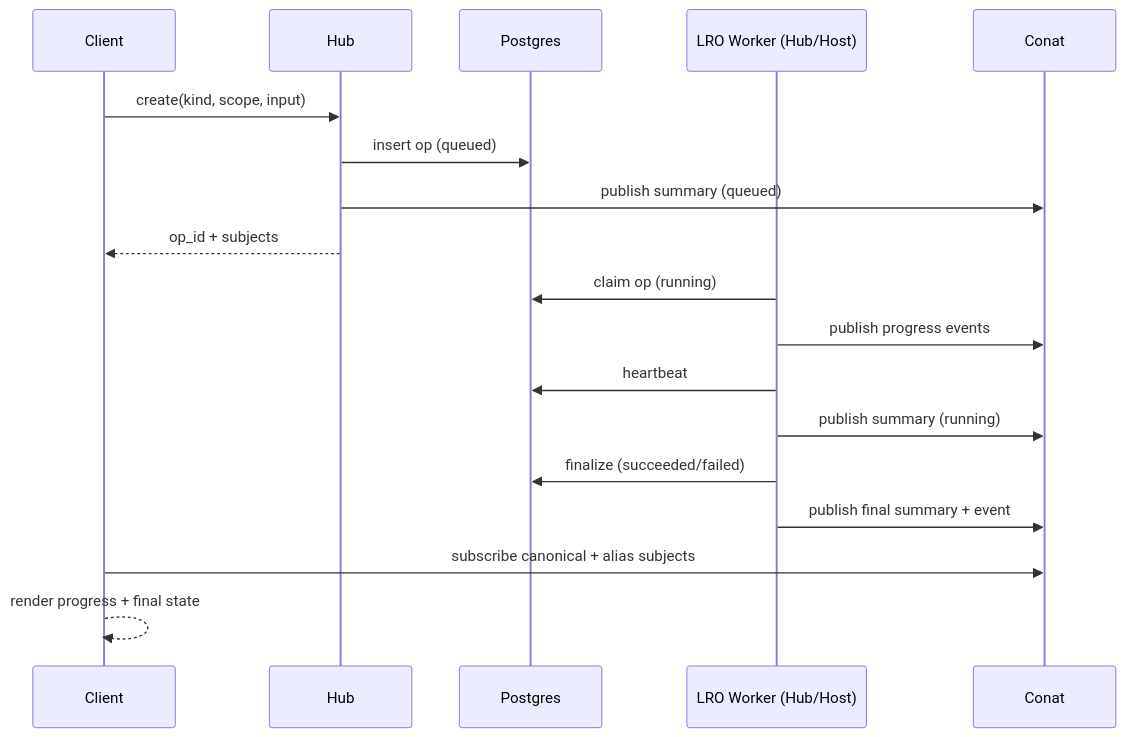
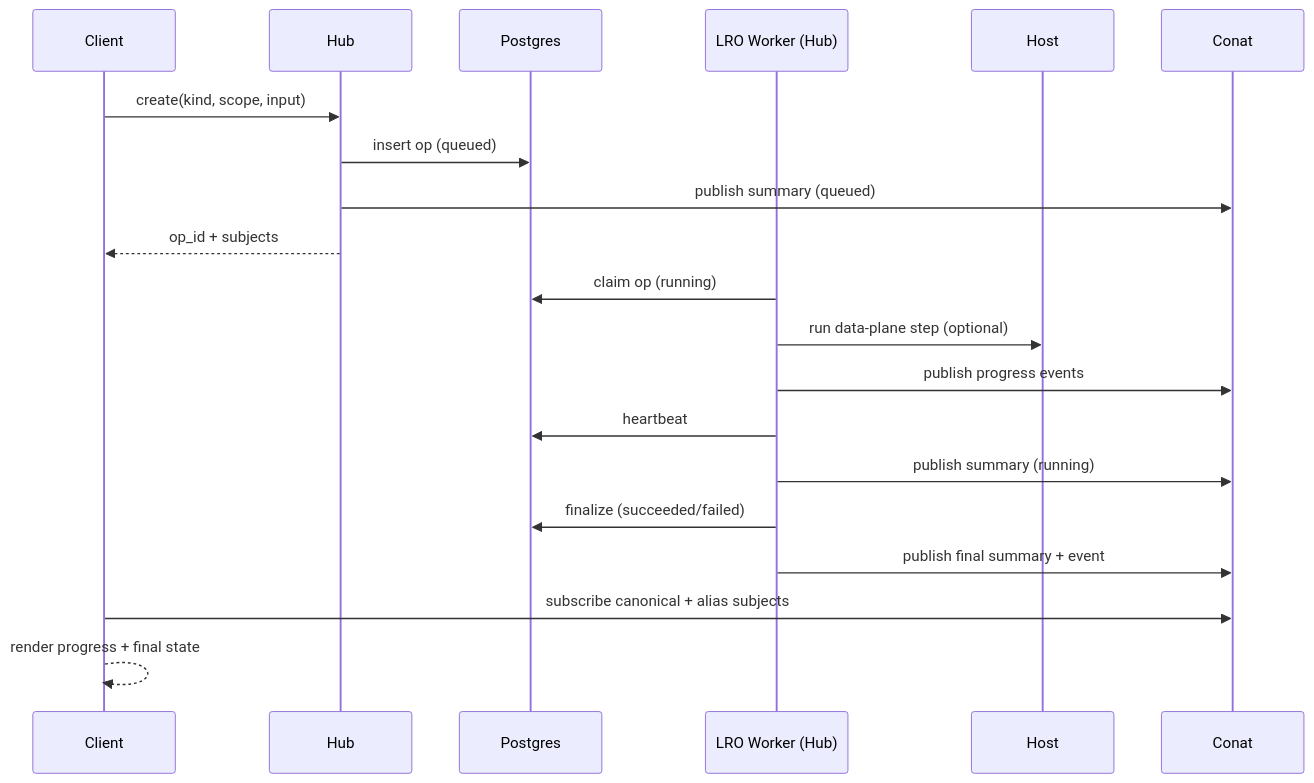
One commit to sagemathinc/cocalc changed the second of 2 diagrams in docs/long-running-operations.md. Above: the diagram before and after it, drawn with Mermaid. The commit also changed other lines of this file and 8 other files, not shown here.

Commit message:
Add copy LRO worker and leases

````diff
--- a/docs/long-running-operations.md
+++ b/docs/long-running-operations.md
@@ -159,24 +198,26 @@
 ```mermaid
 sequenceDiagram
   participant Client
   participant Hub
   participant DB as Postgres
-  participant LRO as LRO Worker (Hub/Host)
+  participant LRO as LRO Worker (Hub)
+  participant Host
   participant Conat
 
   Client->>Hub: create(kind, scope, input)
   Hub->>DB: insert op (queued)
   Hub->>Conat: publish summary (queued)
   Hub-->>Client: op_id + subjects
 
   LRO->>DB: claim op (running)
+  LRO->>Host: run data-plane step (optional)
   LRO->>Conat: publish progress events
   LRO->>DB: heartbeat
   LRO->>Conat: publish summary (running)
 
   LRO->>DB: finalize (succeeded/failed)
   LRO->>Conat: publish final summary + event
 
   Client->>Conat: subscribe canonical + alias subjects
   Client-->>Client: render progress + final state
 ```
````
